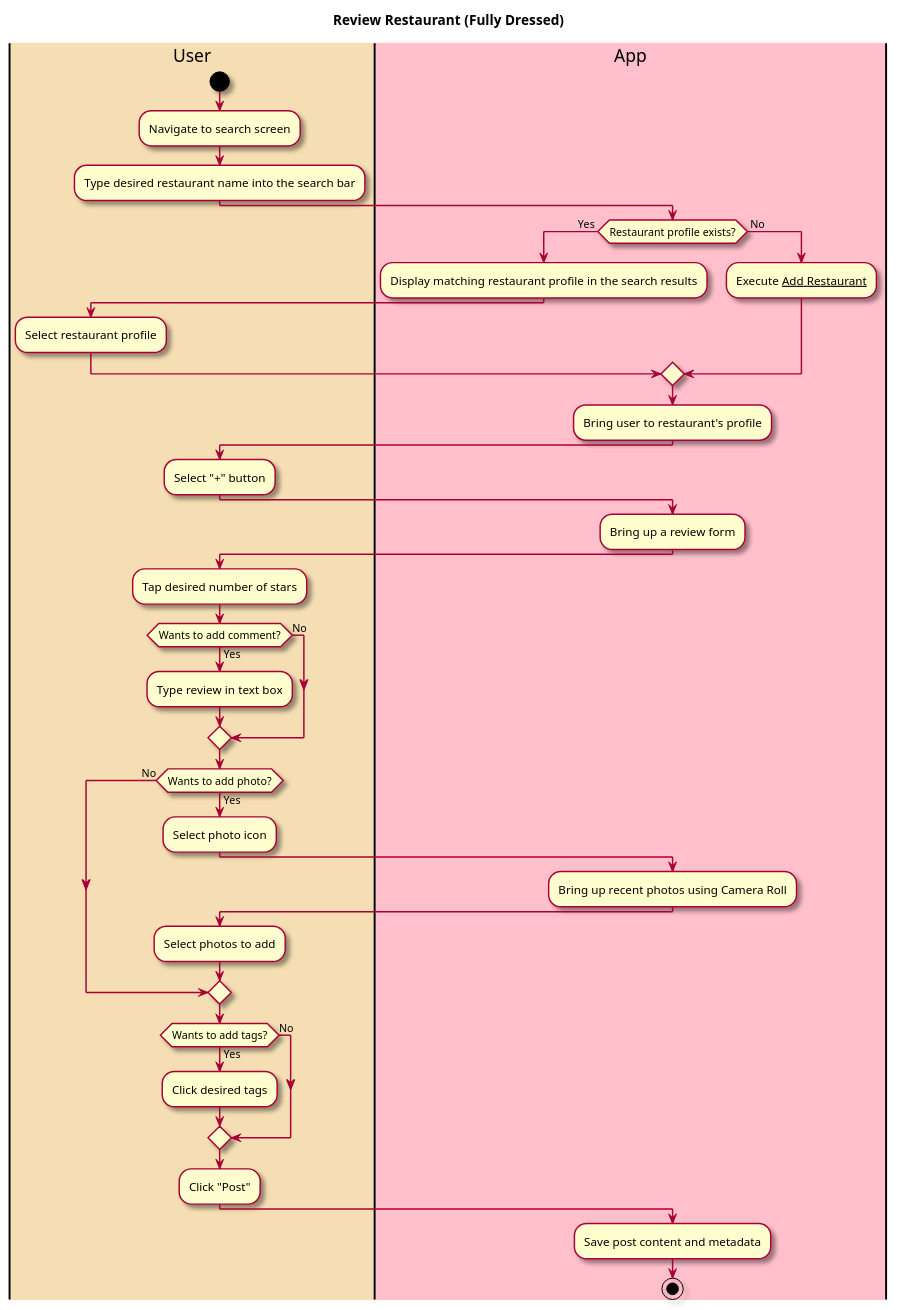
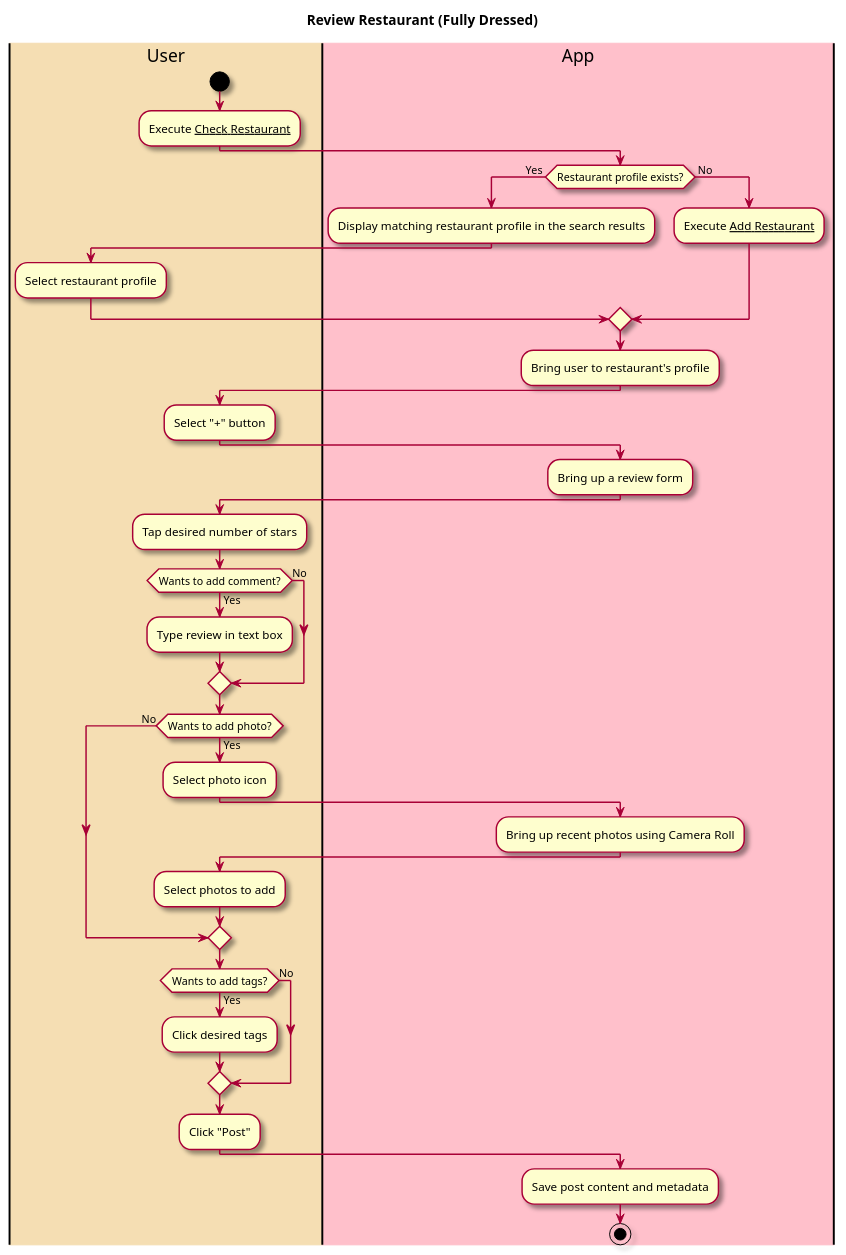
The diagram in intellij/doc/use_cases/post-review.md (tanwasp/LunchBox-Android), drawn with PlantUML before and after one commit. The commit also changed other lines of this file and 3 other files, not shown here.

````diff
--- a/intellij/doc/use_cases/post-review.md
+++ b/intellij/doc/use_cases/post-review.md
@@ -28,60 +28,59 @@
 ```plantuml
 @startuml
 
 skin rose
 
 title Review Restaurant (Fully Dressed)
 
 |#wheat|User|
 |#pink|App|
 
 |User|
 start
-:Navigate to search screen;
-:Type desired restaurant name into the search bar;
+:Execute __Check Restaurant__;
 
 |App|
 if (Restaurant profile exists?) is  ( Yes ) then
 :Display matching restaurant profile in the search results;
 |User|
 :Select restaurant profile;
 else ( No ) 
 |App|
 :Execute __Add Restaurant__;
 endif
 
 |App|
 :Bring user to restaurant's profile;
 
 |User|
 :Select "+" button;
 
 |App|
 :Bring up a review form;
 
 |User|
 :Tap desired number of stars;
 if (Wants to add comment?) is (Yes) then
 :Type review in text box;
 else (No)
 endif
 if (Wants to add photo?) is (Yes) then
 :Select photo icon;
 |App|
 :Bring up recent photos using Camera Roll;
 |User|
 :Select photos to add;
 else (No)
 endif
 if (Wants to add tags?) is (Yes) then
 :Click desired tags;
 else (No)
 endif
 
 :Click "Post";
 
 |App|
 :Save post content and metadata;
 stop
 @enduml
 ```
````
